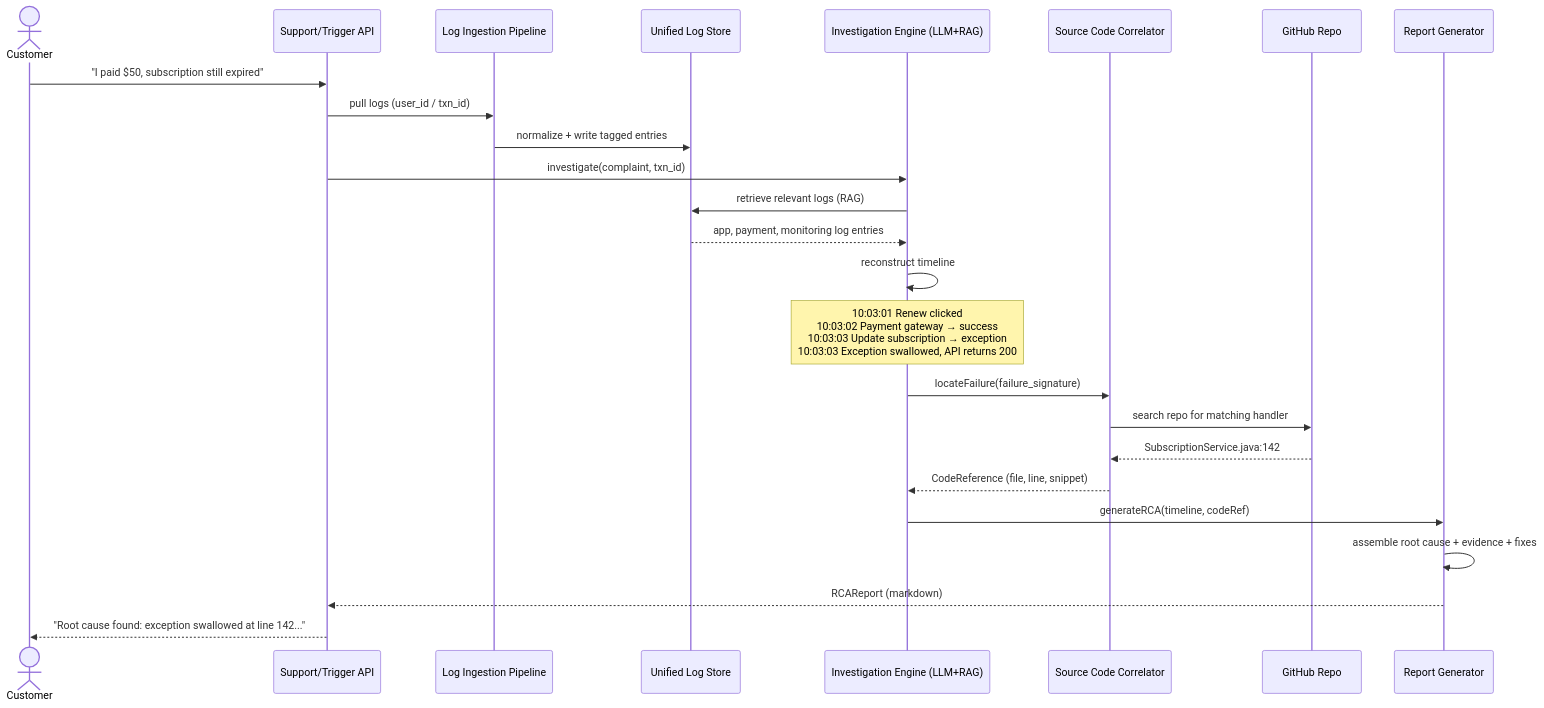
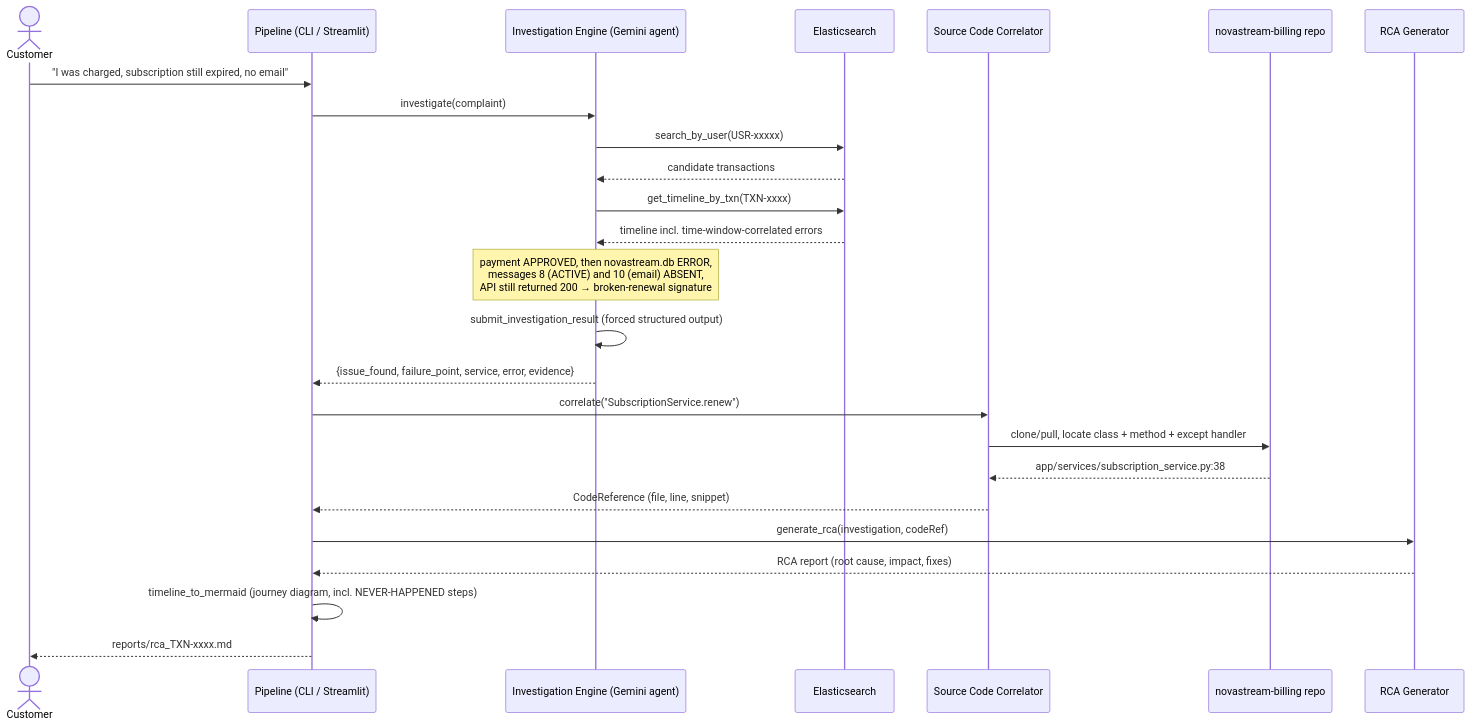
The third of 3 diagrams in docs/architecture-diagram.md (aadityaincode/Sherlog), drawn with Mermaid before and after one commit. The commit also changed other lines of this file and 15 other files, not shown here.

Commit message:
Complete the pipeline: code correlator, RCA generator, journey diagram, and UI

````diff
--- a/docs/architecture-diagram.md
+++ b/docs/architecture-diagram.md
@@ -172,31 +143,31 @@
 ```mermaid
 sequenceDiagram
     actor User as Customer
-    participant API as Support/Trigger API
-    participant Ingest as Log Ingestion Pipeline
-    participant Store as Unified Log Store
-    participant Engine as Investigation Engine (LLM+RAG)
-    participant Repo as Source Code Correlator
-    participant Git as GitHub Repo
-    participant Report as Report Generator
+    participant Pipe as Pipeline (CLI / Streamlit)
+    participant Engine as Investigation Engine (Gemini agent)
+    participant Store as Elasticsearch
+    participant Corr as Source Code Correlator
+    participant Git as novastream-billing repo
+    participant Report as RCA Generator
 
-    User->>API: "I paid $50, subscription still expired"
-    API->>Ingest: pull logs (user_id / txn_id)
-    Ingest->>Store: normalize + write tagged entries
-    API->>Engine: investigate(complaint, txn_id)
-    Engine->>Store: retrieve relevant logs (RAG)
-    Store-->>Engine: app, payment, monitoring log entries
+    User->>Pipe: "I was charged, subscription still expired, no email"
+    Pipe->>Engine: investigate(complaint)
+    Engine->>Store: search_by_user(USR-xxxxx)
+    Store-->>Engine: candidate transactions
+    Engine->>Store: get_timeline_by_txn(TXN-xxxx)
+    Store-->>Engine: timeline incl. time-window-correlated errors
 
-    Engine->>Engine: reconstruct timeline
-    Note over Engine: 10:03:01 Renew clicked<br/>10:03:02 Payment gateway → success<br/>10:03:03 Update subscription → exception<br/>10:03:03 Exception swallowed, API returns 200
+    Note over Engine: payment APPROVED, then novastream.db ERROR,<br/>messages 8 (ACTIVE) and 10 (email) ABSENT,<br/>API still returned 200 → broken-renewal signature
+    Engine->>Engine: submit_investigation_result (forced structured output)
+    Engine-->>Pipe: {issue_found, failure_point, service, error, evidence}
 
-    Engine->>Repo: locateFailure(failure_signature)
-    Repo->>Git: search repo for matching handler
-    Git-->>Repo: SubscriptionService.java:142
-    Repo-->>Engine: CodeReference (file, line, snippet)
+    Pipe->>Corr: correlate("SubscriptionService.renew")
+    Corr->>Git: clone/pull, locate class + method + except handler
+    Git-->>Corr: app/services/subscription_service.py:38
+    Corr-->>Pipe: CodeReference (file, line, snippet)
 
-    Engine->>Report: generateRCA(timeline, codeRef)
-    Report->>Report: assemble root cause + evidence + fixes
-    Report-->>API: RCAReport (markdown)
-    API-->>User: "Root cause found: exception swallowed at line 142..."
+    Pipe->>Report: generate_rca(investigation, codeRef)
+    Report-->>Pipe: RCA report (root cause, impact, fixes)
+    Pipe->>Pipe: timeline_to_mermaid (journey diagram, incl. NEVER-HAPPENED steps)
+    Pipe-->>User: reports/rca_TXN-xxxx.md
 ```
````
